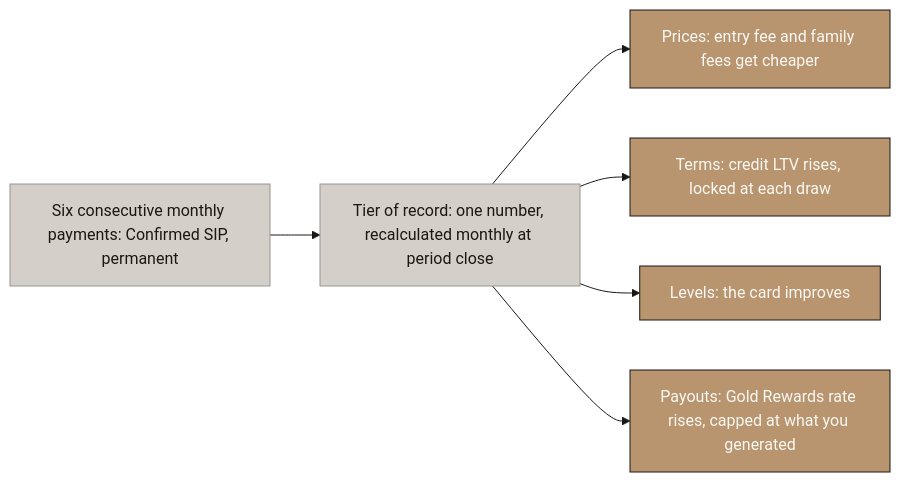
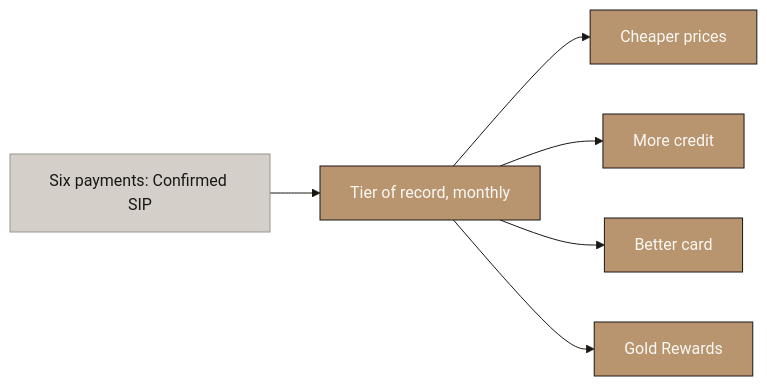
The first of 6 diagrams in deliverables/2-mechanism-design/Aurumix_Process_Maps_ICS_Benefits.md (Abdsys/Aurumix), drawn with Mermaid before and after one commit. The commit also changed other lines of this file, not shown here.

````diff
--- a/deliverables/2-mechanism-design/Aurumix_Process_Maps_ICS_Benefits.md
+++ b/deliverables/2-mechanism-design/Aurumix_Process_Maps_ICS_Benefits.md
@@ -46,27 +34,27 @@
 ```mermaid
 %%{init: {'theme': 'base', 'themeVariables': {
     'primaryColor': '#B8956E',
     'primaryTextColor': '#1A1714',
     'primaryBorderColor': '#1A1714',
     'lineColor': '#1A1714',
     'secondaryColor': '#FAF8F5',
     'tertiaryColor': '#D4CFC8',
     'fontFamily': 'Libre Franklin, sans-serif',
     'edgeLabelBackground': '#D4CFC8',
     'clusterBkg': '#FAF8F5',
     'clusterBorder': '#B8956E'
 }}}%%
 graph LR
-    A["Six consecutive monthly payments: Confirmed SIP, permanent"] --> B["Tier of record: one number, recalculated monthly at period close"]
-    B --> C["Prices: entry fee and family fees get cheaper"]
-    B --> D["Terms: credit LTV rises, locked at each draw"]
-    B --> E["Levels: the card improves"]
-    B --> F["Payouts: Gold Rewards rate rises, capped at what you generated"]
+    A["Six payments: Confirmed SIP"] --> B["Tier of record, monthly"]
+    B --> C["Cheaper prices"]
+    B --> D["More credit"]
+    B --> E["Better card"]
+    B --> F["Gold Rewards"]
 
     style A fill:#D4CFC8,stroke:#9A9590,color:#1A1714
-    style B fill:#D4CFC8,stroke:#9A9590,color:#1A1714
+    style B fill:#B8956E,stroke:#1A1714,color:#FAF8F5
     style C fill:#B8956E,stroke:#1A1714,color:#FAF8F5
     style D fill:#B8956E,stroke:#1A1714,color:#FAF8F5
     style E fill:#B8956E,stroke:#1A1714,color:#FAF8F5
     style F fill:#B8956E,stroke:#1A1714,color:#FAF8F5
 ```
````
